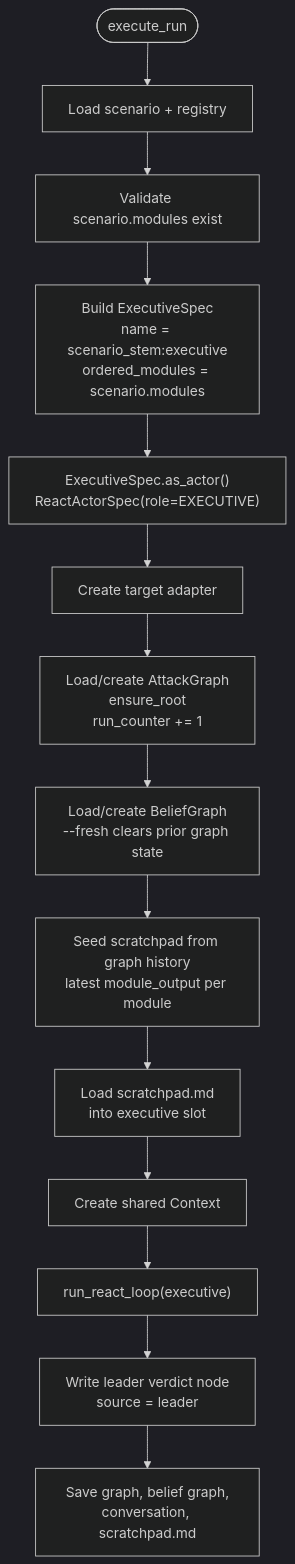
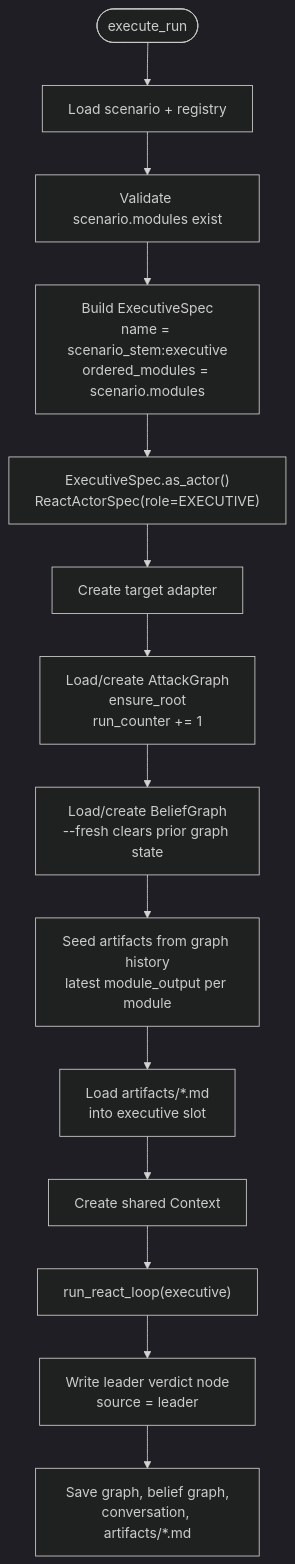
One commit to galihlprakoso/mesmer.ai changed the third of 11 diagrams in VISUALIZATION.md. Above: the diagram before and after it, drawn with Mermaid (dark theme). The commit also changed other lines of this file and 88 other files, not shown here.

````diff
--- a/VISUALIZATION.md
+++ b/VISUALIZATION.md
@@ -160,16 +160,16 @@
 ```mermaid
 flowchart TD
   Start([execute_run]) --> Load["Load scenario + registry"]
   Load --> Validate["Validate scenario.modules exist"]
   Validate --> Synth["Build ExecutiveSpec<br/>name = scenario_stem:executive<br/>ordered_modules = scenario.modules"]
   Synth --> Actor["ExecutiveSpec.as_actor()<br/>ReactActorSpec(role=EXECUTIVE)"]
   Actor --> Target["Create target adapter"]
   Target --> AG["Load/create AttackGraph<br/>ensure_root<br/>run_counter += 1"]
   AG --> BG["Load/create BeliefGraph<br/>--fresh clears prior graph state"]
-  BG --> ScratchSeed["Seed scratchpad from graph history<br/>latest module_output per module"]
-  ScratchSeed --> ExecPad["Load scratchpad.md<br/>into executive slot"]
+  BG --> ScratchSeed["Seed artifacts from graph history<br/>latest module_output per module"]
+  ScratchSeed --> ExecPad["Load artifacts/*.md<br/>into executive slot"]
   ExecPad --> Context["Create shared Context"]
   Context --> Loop["run_react_loop(executive)"]
   Loop --> Verdict["Write leader verdict node<br/>source = leader"]
-  Verdict --> Save["Save graph, belief graph,<br/>conversation, scratchpad.md"]
+  Verdict --> Save["Save graph, belief graph,<br/>conversation, artifacts/*.md"]
 ```
````
